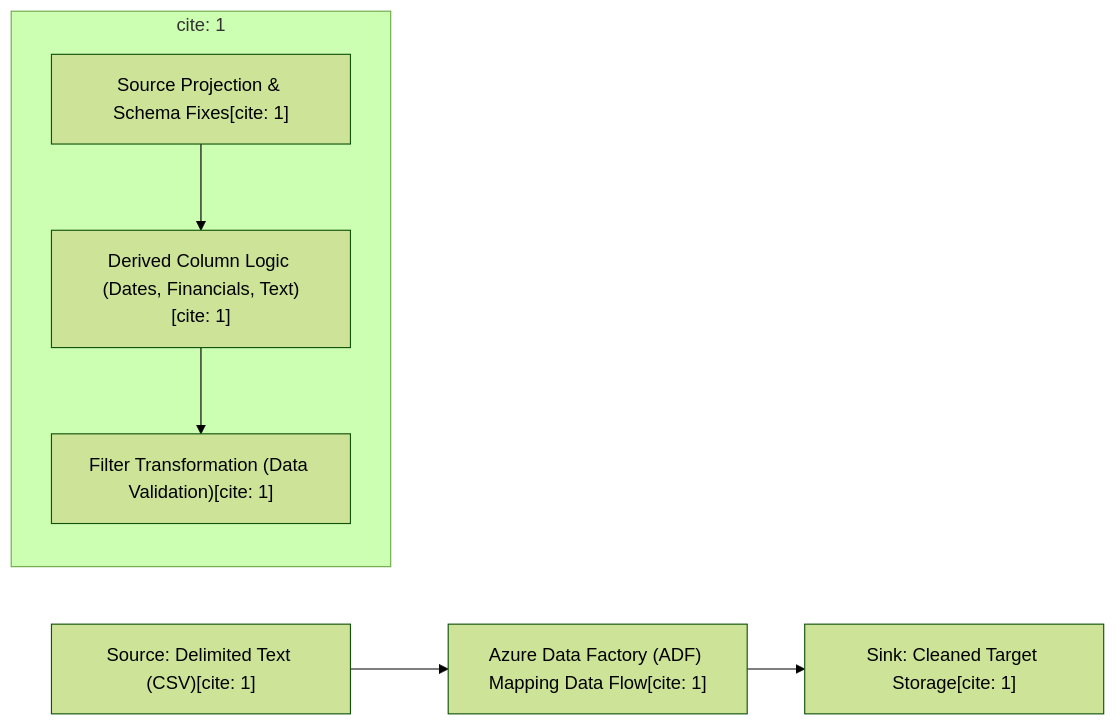
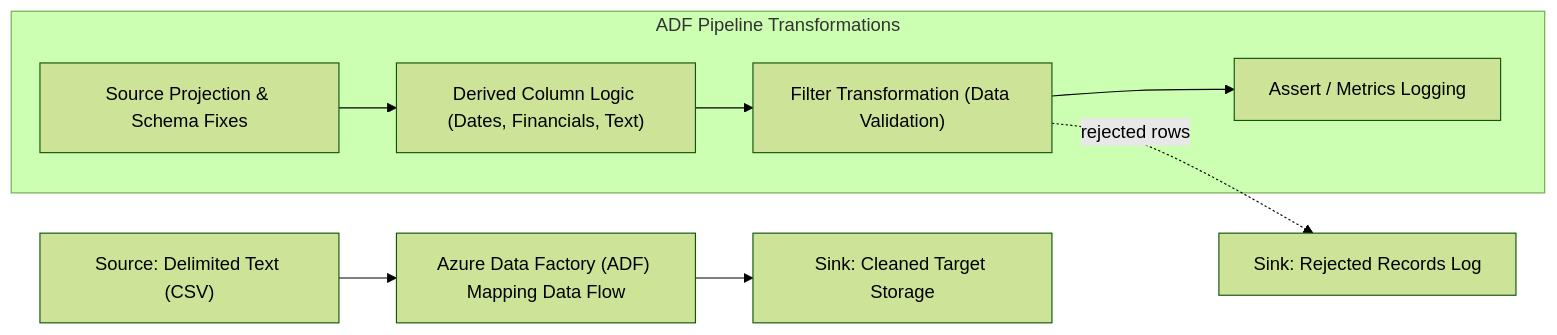
Before and after one commit to jamal005csit/azure-data-factory-etl-pipeline: the diagram in README.md, drawn with Mermaid (forest theme). The commit also changed other lines of this file, not shown here.

First line of the commit message:
Enhance README with pipeline details and formatting

````diff
--- a/README.md
+++ b/README.md
@@ -16,9 +15,11 @@
 ```mermaid
 graph LR
-    A["Source: Delimited Text (CSV)[cite: 1]"] --> B["Azure Data Factory (ADF) Mapping Data Flow[cite: 1]"]
-    subgraph ADF Pipeline Transformations[cite: 1]
-        B1["Source Projection & Schema Fixes[cite: 1]"] --> B2["Derived Column Logic (Dates, Financials, Text)[cite: 1]"]
-        B2 --> B3["Filter Transformation (Data Validation)[cite: 1]"]
+    A["Source: Delimited Text (CSV)"] --> B["Azure Data Factory (ADF) Mapping Data Flow"]
+    subgraph ADF Pipeline Transformations
+        B1["Source Projection & Schema Fixes"] --> B2["Derived Column Logic (Dates, Financials, Text)"]
+        B2 --> B3["Filter Transformation (Data Validation)"]
+        B3 --> B4["Assert / Metrics Logging"]
     end
-    B --> C["Sink: Cleaned Target Storage[cite: 1]"]
+    B --> C["Sink: Cleaned Target Storage"]
+    B3 -.rejected rows.-> D["Sink: Rejected Records Log"]
 ```
````
